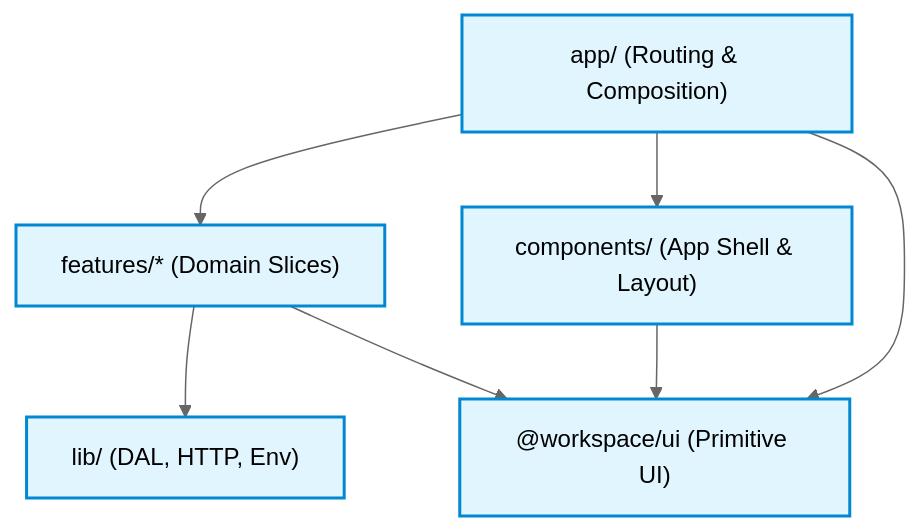
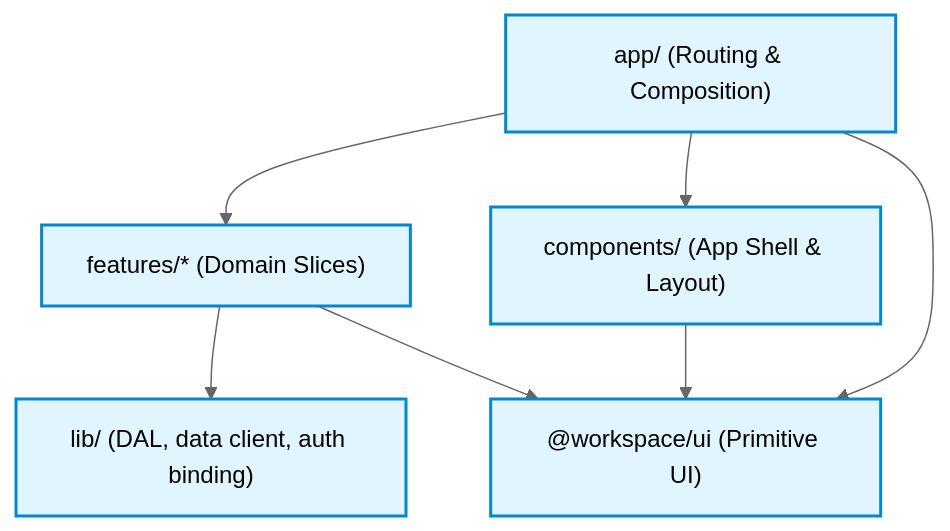
One commit to daFoggo/spark changed the first of 2 diagrams in docs/project-structure.md. Above: the diagram before and after it, drawn with Mermaid (neutral theme). The commit also changed other lines of this file and 40 other files, not shown here.

````diff
--- a/docs/project-structure.md
+++ b/docs/project-structure.md
@@ -175,19 +176,19 @@
 ```mermaid
 flowchart TD
     App["app/ (Routing & Composition)"]
     Features["features/* (Domain Slices)"]
     Components["components/ (App Shell & Layout)"]
-    Lib["lib/ (DAL, HTTP, Env)"]
+    Lib["lib/ (DAL, data client, auth binding)"]
     UI["@workspace/ui (Primitive UI)"]
 
     App --> Features
     App --> Components
     App --> UI
     Features --> Lib
     Features --> UI
     Components --> UI
 
     classDef allowed fill:#e1f5fe,stroke:#0288d1,stroke-width:2px;
     classDef boundary fill:#ffebee,stroke:#d32f2f,stroke-width:2px;
     class App,Features,Components,Lib,UI allowed;
 ```
````
